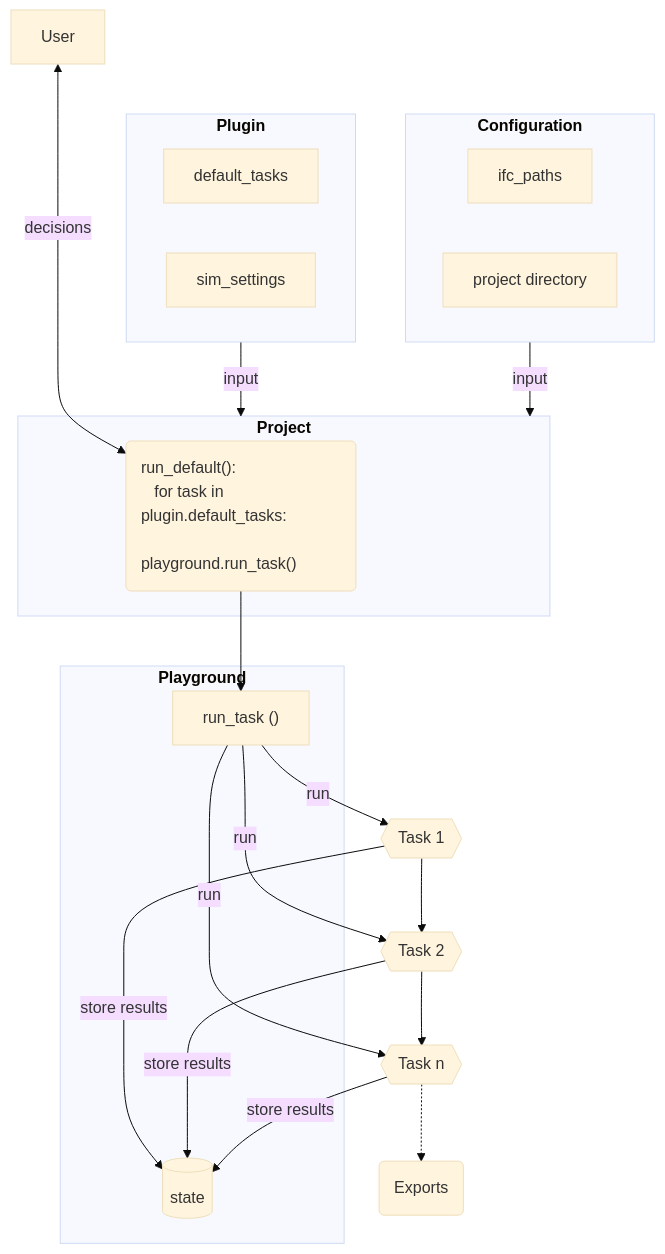
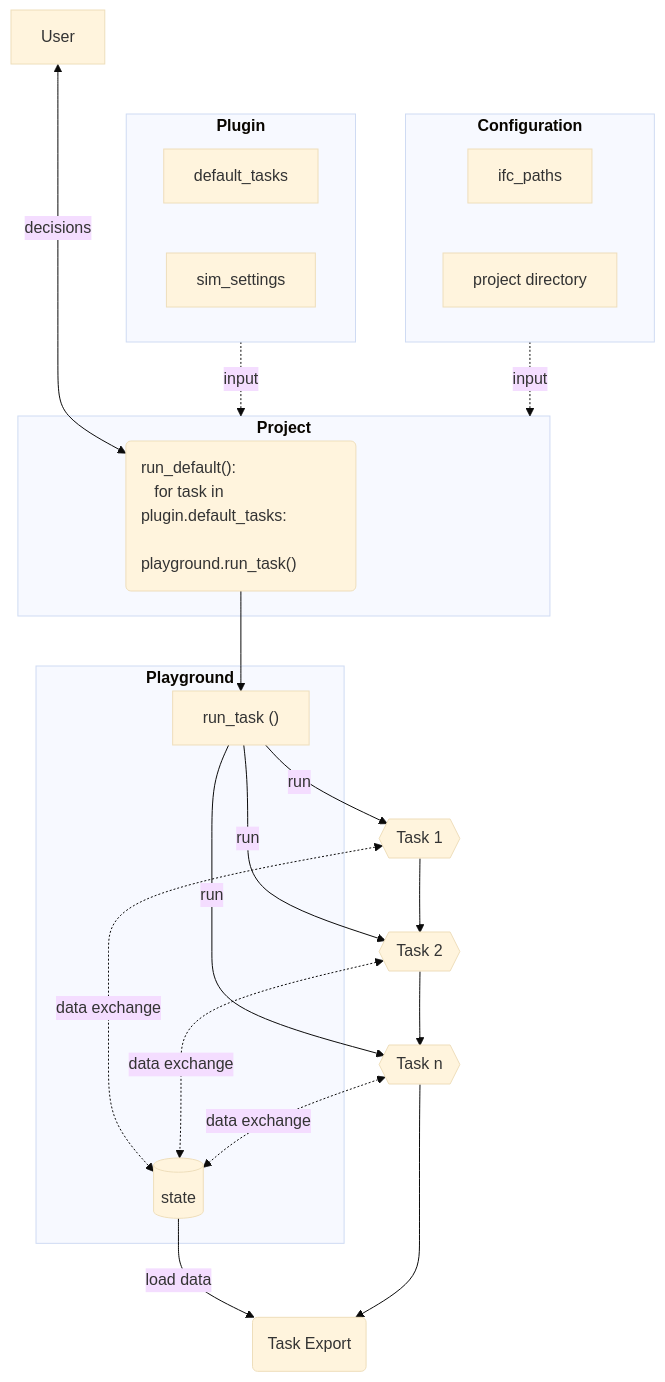
One commit to BIM2SIM/bim2sim changed the diagram in docs/source/big-picture.md. Above: the diagram before and after it, drawn with Mermaid (base theme).

Commit message:
update mermaid diagram

````diff
--- a/docs/source/big-picture.md
+++ b/docs/source/big-picture.md
@@ -24,38 +24,38 @@
 ```{mermaid}
 flowchart TB
 
     subgraph PL["`**Plugin**`"]
         default_tasks
         sim_settings
     end
-        PL-->|input| PJ(Project)
+        PL-.->|input| PJ(Project)
     subgraph IP["`**Configuration**`"]
         X[ifc_paths] 
         Y[project directory]
 
         style X text-align:left
     end 
-    IP -->|input| PJ
+    IP -.->|input| PJ
     subgraph PJ["`**Project**`"]
     rd("run_default(): \n&nbsp&nbsp for task in plugin.default_tasks:\n&nbsp&nbsp&nbsp&nbsp      playground.run_task()")
     style rd text-align:left
     end 
 
 
     subgraph PG["`**Playground**`"]
         C["run_task ()"]
         S[(state)]
     end 
         rd --> C
     C -->|run| D{{Task 1}}
-    D --> |store results| S
+    D <-.-> |data exchange| S
     C -->|run| E{{Task 2}}  
-    E --> |store results| S
+    E <-.-> |data exchange| S
     C -->|run| F{{Task n}}
-    F --> |store results| S
+    F <-.-> |data exchange| S
     D-->E-->F
-    F -.-> R(Exports)
+    S --> |load data|R
+    F --> R(Task Export)
 
     User <---> |decisions| rd
-  
 ```
````
